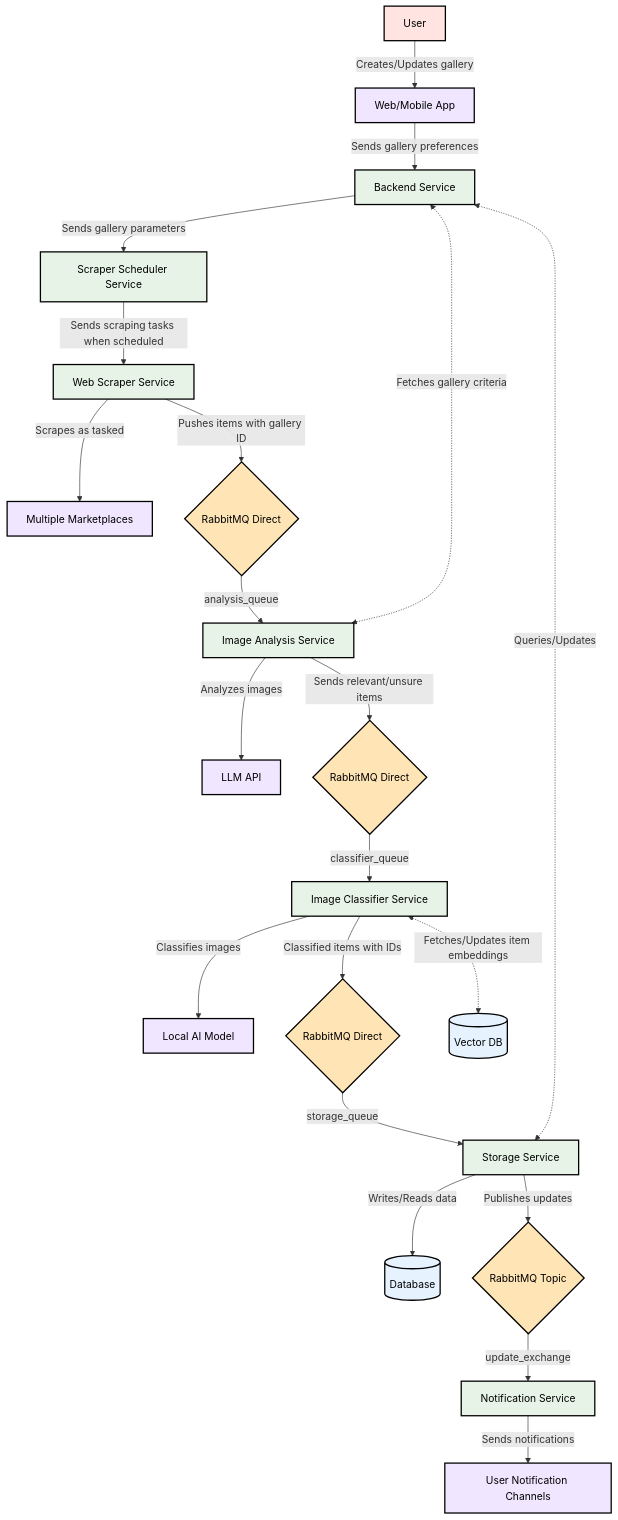
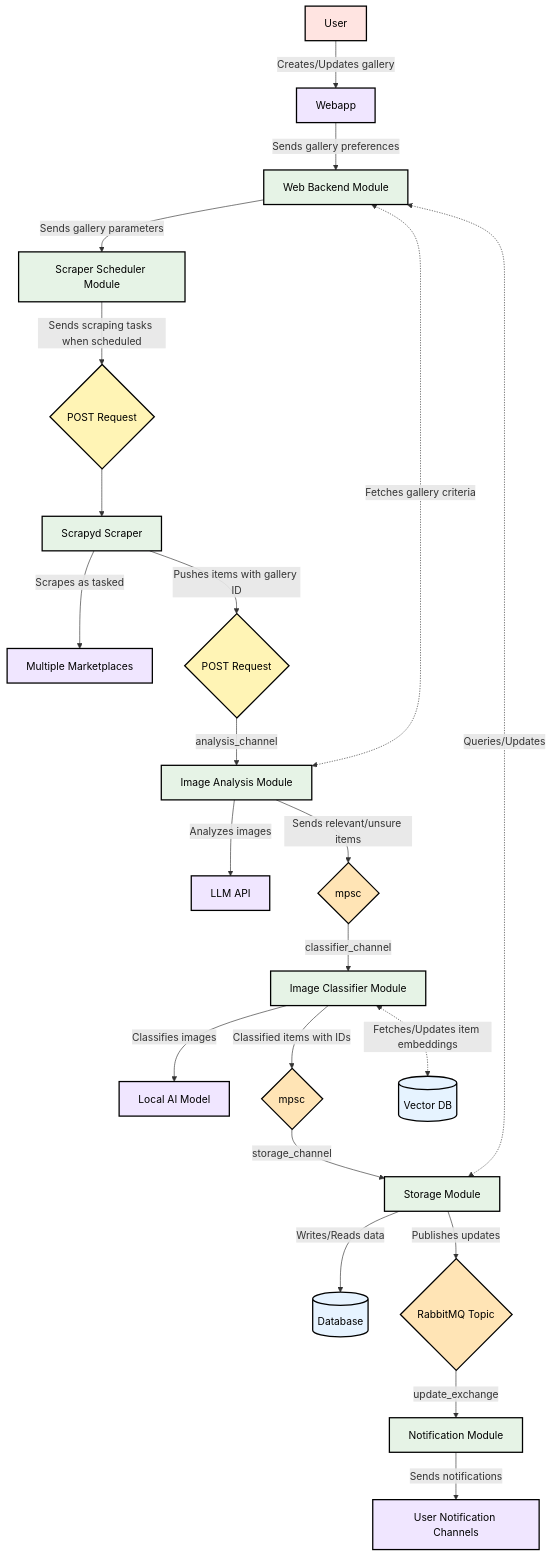
One commit to mhbka/itemtracker changed the diagram in README.md. Above: the diagram before and after it, drawn with Mermaid. The commit also changed other lines of this file and 94 other files, not shown here.

````diff
--- a/README.md
+++ b/README.md
@@ -1,50 +3,53 @@
 ```mermaid
     graph TD
         %% Color definitions
-        classDef service fill:#E6F3E6,stroke:#000,stroke-width:2px,color:#000;
-        classDef queue fill:#FFE4B5,stroke:#000,stroke-width:2px,color:#000;
+        classDef module fill:#E6F3E6,stroke:#000,stroke-width:2px,color:#000;
+        classDef channel fill:#FFE4B5,stroke:#000,stroke-width:2px,color:#000;
+        classDef HTTP fill:#FFF4B5,stroke:#000,stroke-width:2px,color:#000;
         classDef database fill:#E6F3FF,stroke:#000,stroke-width:2px,color:#000;
         classDef external fill:#F0E6FF,stroke:#000,stroke-width:2px,color:#000;
         classDef user fill:#FFE4E1,stroke:#000,stroke-width:2px,color:#000;
 
         S[User]:::user
-        P[Web/Mobile App]:::external
-        Q[Backend Service]:::service
-        R[Scraper Scheduler Service]:::service
-        A[Web Scraper Service]:::service
+        P[Webapp]:::external
+        Q[Web Backend Module]:::module
+        R[Scraper Scheduler Module]:::module
+        A[Scrapyd Scraper]:::module
         B[Multiple Marketplaces]:::external
-        C{RabbitMQ Direct}:::queue
-        D[Image Analysis Service]:::service
+        X{POST Request}:::HTTP
+        O{POST Request}:::HTTP
+        D[Image Analysis Module]:::module
         E[LLM API]:::external
-        F{RabbitMQ Direct}:::queue
-        G[Image Classifier Service]:::service
+        F{mpsc}:::channel
+        G[Image Classifier Module]:::module
         H[Local AI Model]:::external
-        I{RabbitMQ Direct}:::queue
-        J[Storage Service]:::service
+        I{mpsc}:::channel
+        J[Storage Module]:::module
         K[(Database)]:::database
-        L{RabbitMQ Topic}:::queue
-        M[Notification Service]:::service
+        L{RabbitMQ Topic}:::channel
+        M[Notification Module]:::module
         N[User Notification Channels]:::external
         Z[(Vector DB)]:::database
 
         S -->|Creates/Updates gallery| P
         P -->|Sends gallery preferences| Q
         Q -->|Sends gallery parameters| R
-        R -->|Sends scraping tasks when scheduled| A
+        R -->|Sends scraping tasks when scheduled| X
+        X --> A
         A -->|Scrapes as tasked| B
-        A -->|Pushes items with gallery ID| C
-        C -->|analysis_queue| D
+        A -->|Pushes items with gallery ID| O
+        O -->|analysis_channel| D
         D <-.->|Fetches gallery criteria| Q
         D -->|Analyzes images| E
         D -->|Sends relevant/unsure items| F
-        F -->|classifier_queue| G
+        F -->|classifier_channel| G
         G -->|Classifies images| H
         G <-.->|Fetches/Updates item embeddings| Z
         G -->|Classified items with IDs| I
-        I -->|storage_queue| J
+        I -->|storage_channel| J
         J -->|Writes/Reads data| K
         J -->|Publishes updates| L
         L -->|update_exchange| M
         M -->|Sends notifications| N
         Q <-.->|Queries/Updates| J
 ```
````
